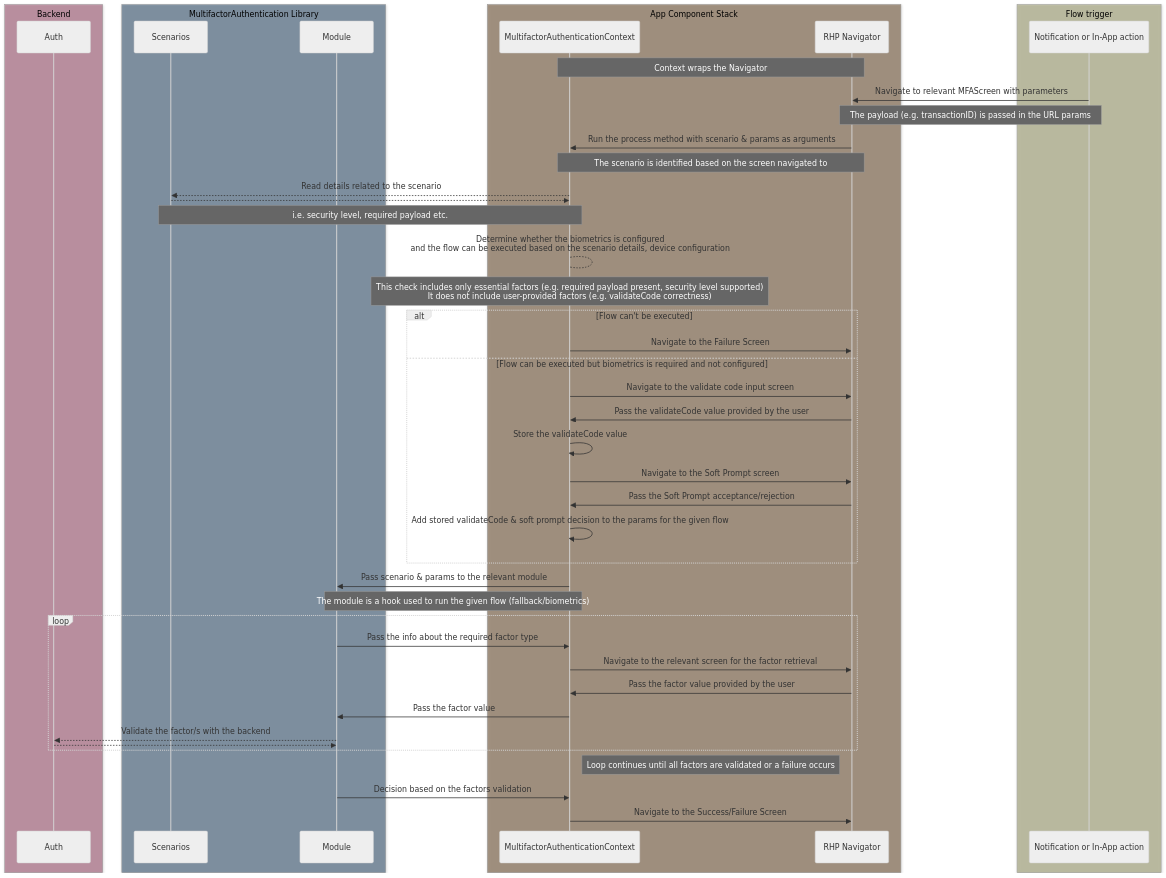
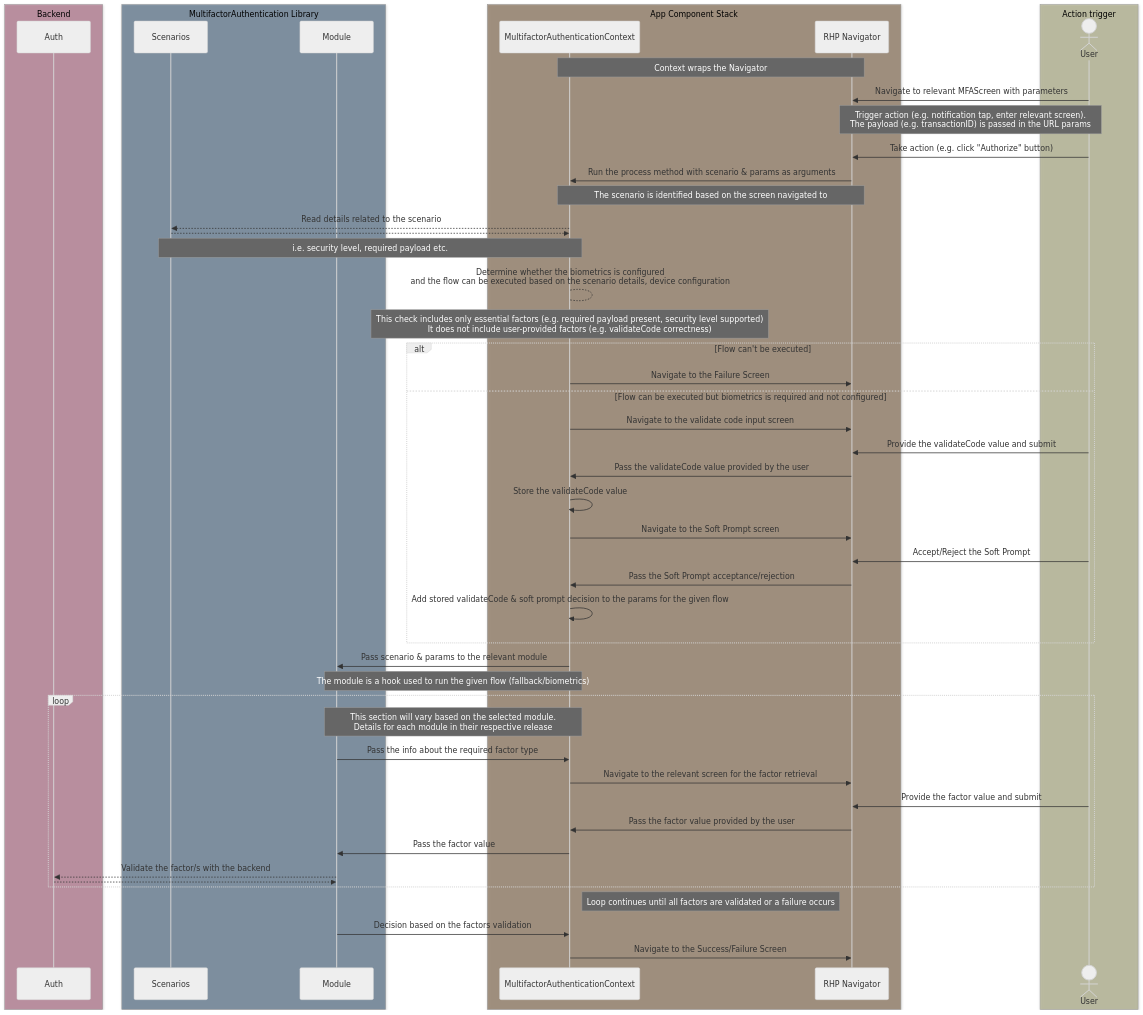
One commit to JakubKorytko/expensify-cards changed the first of 6 diagrams in mermaid.md. Above: the diagram before and after it, drawn with Mermaid (neutral theme). The commit also changed 11 other files, not shown here.

````diff
--- a/mermaid.md
+++ b/mermaid.md
@@ -3,56 +3,62 @@
 ```mermaid
 sequenceDiagram
     box rgba(150,66,99,0.5) Backend
         participant Server as Auth
     end
 
     box rgba(33,66,99,0.5) MultifactorAuthentication Library
         participant SC as Scenarios
         participant Module as Module
     end
 
     box rgba(99,66,33,0.5) App Component Stack
         participant MFACTX as MultifactorAuthenticationContext
         participant RHPRHP as RHP Navigator
     end
 
 
-    box rgba(150,150,99,0.5) Flow trigger
-        participant SOT as Notification or In-App action
+    box rgba(150,150,99,0.5) Action trigger
+        actor User
     end
 
-
+    
     Note over MFACTX,RHPRHP: Context wraps the Navigator
-    SOT->>RHPRHP: Navigate to relevant MFAScreen with parameters
-        Note over SOT,RHPRHP: The payload (e.g. transactionID) is passed in the URL params
+    User->>RHPRHP: Navigate to relevant MFAScreen with parameters
+    Note over User,RHPRHP: Trigger action (e.g. notification tap, enter relevant screen).<br />The payload (e.g. transactionID) is passed in the URL params
+    User->>RHPRHP: Take action (e.g. click "Authorize" button)
+    
     RHPRHP->>MFACTX: Run the process method with scenario & params as arguments
         Note over RHPRHP,MFACTX: The scenario is identified based on the screen navigated to
     MFACTX-->>SC: Read details related to the scenario
     SC-->>MFACTX: ;
         Note over MFACTX,SC: i.e. security level, required payload etc.
     MFACTX-->MFACTX: Determine whether the biometrics is configured<br /> and the flow can be executed based on the scenario details, device configuration
         Note over MFACTX: This check includes only essential factors (e.g. required payload present, security level supported) <br /> It does not include user-provided factors (e.g. validateCode correctness)
     alt Flow can't be executed
         MFACTX->>RHPRHP: Navigate to the Failure Screen
     else Flow can be executed but biometrics is required and not configured
         MFACTX->>RHPRHP: Navigate to the validate code input screen
+        User->>RHPRHP: Provide the validateCode value and submit
         RHPRHP->>MFACTX: Pass the validateCode value provided by the user
         MFACTX->>MFACTX: Store the validateCode value
         MFACTX->>RHPRHP: Navigate to the Soft Prompt screen
+        User->>RHPRHP: Accept/Reject the Soft Prompt
         RHPRHP->>MFACTX: Pass the Soft Prompt acceptance/rejection
         MFACTX->>MFACTX: Add stored validateCode & soft prompt decision to the params for the given flow
     end
     MFACTX->>Module: Pass scenario & params to the relevant module
         Note over MFACTX,Module: The module is a hook used to run the given flow (fallback/biometrics)
     loop
+        Note over Module,MFACTX: This section will vary based on the selected module.<br />Details for each module in their respective release
         Module->>MFACTX: Pass the info about the required factor type
         MFACTX->>RHPRHP: Navigate to the relevant screen for the factor retrieval
+        User->>RHPRHP: Provide the factor value and submit
         RHPRHP->>MFACTX: Pass the factor value provided by the user
         MFACTX->>Module: Pass the factor value
         Module-->>Server: Validate the factor/s with the backend
         Server-->>Module: ;
     end
         Note left of RHPRHP: Loop continues until all factors are validated or a failure occurs
     Module->>MFACTX: Decision based on the factors validation
     MFACTX->>RHPRHP: Navigate to the Success/Failure Screen
 ```
````
